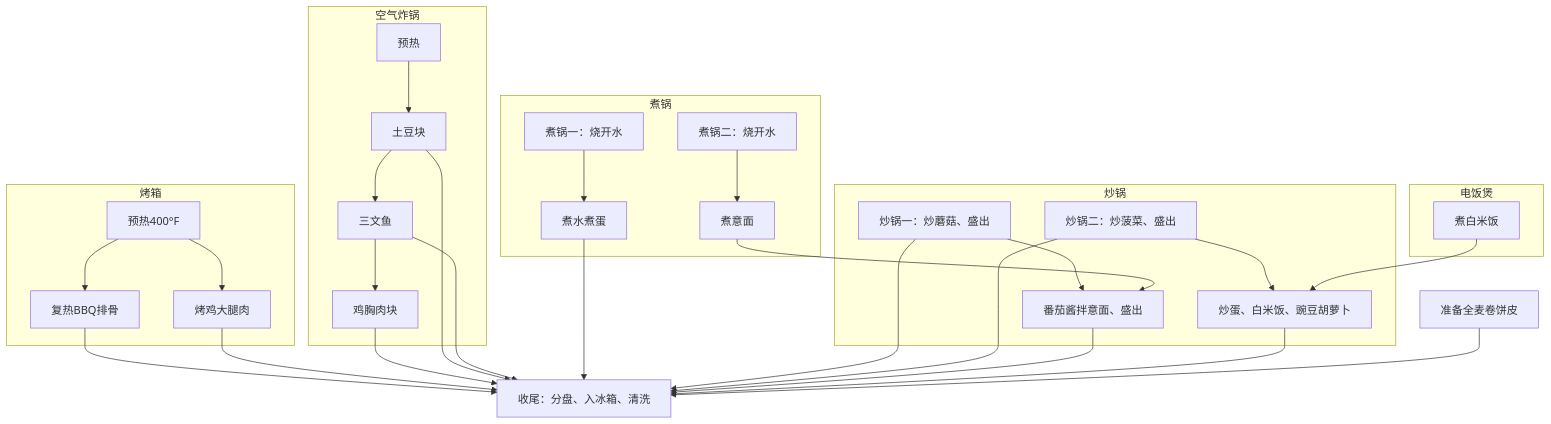
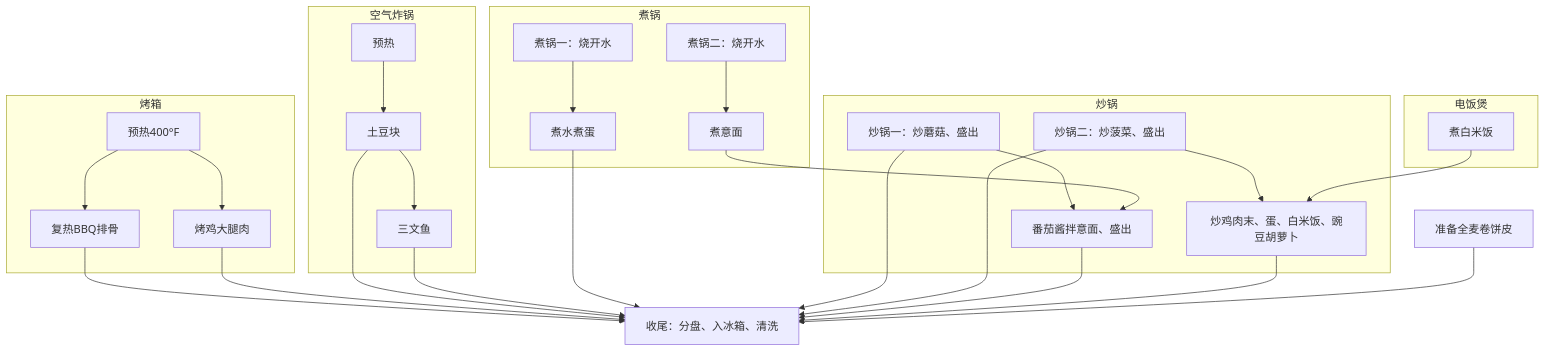
The diagram in content/posts/healthy-eating-plan.md (yunhaixiang/yhmath), drawn with Mermaid before and after one commit. The commit also changed other lines of this file and 8 other files, not shown here.

````diff
--- a/content/posts/healthy-eating-plan.md
+++ b/content/posts/healthy-eating-plan.md
@@ -99,34 +97,33 @@
 ```mermaid
 flowchart TB
     subgraph rice[电饭煲]
         R1[煮白米饭]
     end
     subgraph oven[烤箱]
         O0[预热400°F] --> O2[烤鸡大腿肉]
         O0 --> O1[复热BBQ排骨]
     end
     subgraph air[空气炸锅]
-        A0[预热] --> A4[土豆块] --> A1[三文鱼] --> A2[鸡胸肉块]
+        A0[预热] --> A4[土豆块] --> A1[三文鱼]
     end
     subgraph pots[煮锅]
         P3[煮锅一：烧开水] --> P2[煮水煮蛋]
         P0[煮锅二：烧开水] --> P1[煮意面]
     end
     subgraph woks[炒锅]
         W1[炒锅一：炒蘑菇、盛出] --> W3[番茄酱拌意面、盛出]
-        W2[炒锅二：炒菠菜、盛出] --> W4[炒蛋、白米饭、豌豆胡萝卜]
+        W2[炒锅二：炒菠菜、盛出] --> W4[炒鸡肉末、蛋、白米饭、豌豆胡萝卜]
     end
     P1 --> W3
     R1 --> W4
     O1 --> F[收尾：分盘、入冰箱、清洗]
     O2 --> F
-    A2 --> F
     A4 --> F
     A1 --> F
     P2 --> F
     W1 --> F
     W2 --> F
     W3 --> F
     W4 --> F
     T1[准备全麦卷饼皮] --> F
 ```
````
